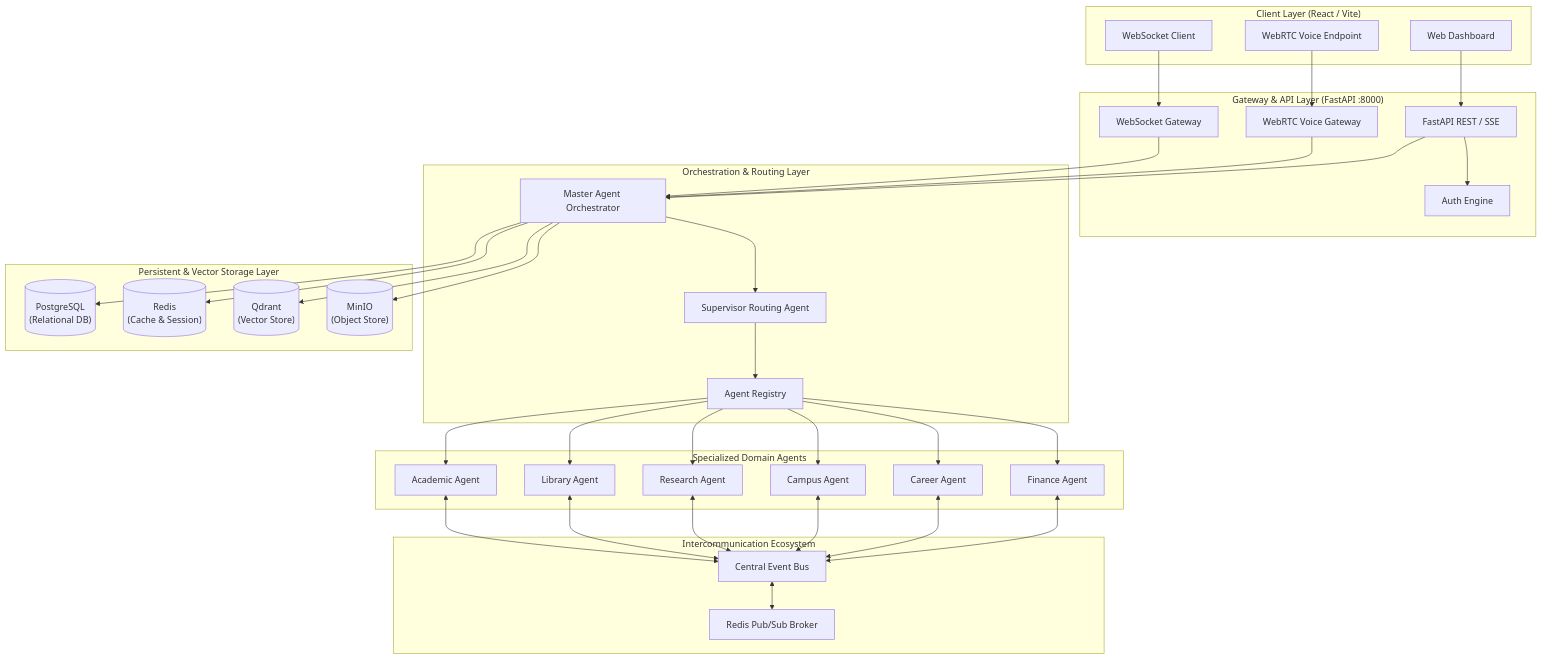
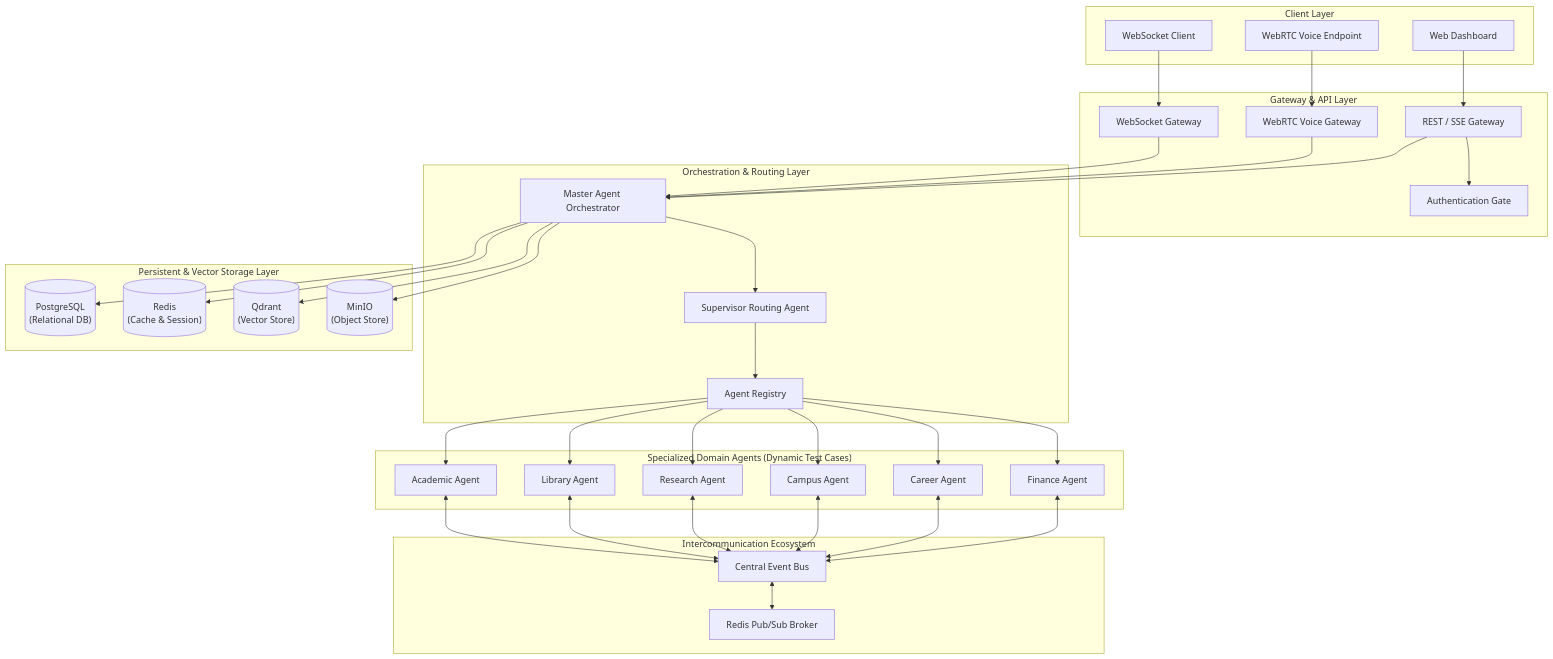
One commit to theshoaibme/daffodil-intelligence changed the first of 3 diagrams in docs/PROJECT_DOCUMENTATION.md. Above: the diagram before and after it, drawn with Mermaid. The commit also changed other lines of this file and 1 other file, not shown here.

````diff
--- a/docs/PROJECT_DOCUMENTATION.md
+++ b/docs/PROJECT_DOCUMENTATION.md
@@ -18,77 +21,77 @@
 ```mermaid
 graph TD
     %% Component Layers
-    subgraph clients ["Client Layer (React / Vite)"]
+    subgraph clients ["Client Layer"]
         UI["Web Dashboard"]
         WS_Client["WebSocket Client"]
         RTC_Client["WebRTC Voice Endpoint"]
     end
 
-    subgraph gateways ["Gateway & API Layer (FastAPI :8000)"]
-        API["FastAPI REST / SSE"]
+    subgraph gateways ["Gateway & API Layer"]
+        API["REST / SSE Gateway"]
         WS_GW["WebSocket Gateway"]
         LIVE["WebRTC Voice Gateway"]
-        AUTH["Auth Engine"]
+        AUTH["Authentication Gate"]
     end
 
     subgraph orchestrator ["Orchestration & Routing Layer"]
         MA["Master Agent Orchestrator"]
         SUP["Supervisor Routing Agent"]
         REG["Agent Registry"]
     end
 
-    subgraph agents ["Specialized Domain Agents"]
+    subgraph agents ["Specialized Domain Agents (Dynamic Test Cases)"]
         A_Acad["Academic Agent"]
         A_Lib["Library Agent"]
         A_Res["Research Agent"]
         A_Camp["Campus Agent"]
         A_Car["Career Agent"]
         A_Fin["Finance Agent"]
     end
 
     subgraph event_mesh ["Intercommunication Ecosystem"]
         Bus["Central Event Bus"]
         Broker["Redis Pub/Sub Broker"]
     end
 
     subgraph storage ["Persistent & Vector Storage Layer"]
         PG[("PostgreSQL\n(Relational DB)")]
         RD[("Redis\n(Cache & Session)")]
         QD[("Qdrant\n(Vector Store)")]
         IO[("MinIO\n(Object Store)")]
     end
 
     %% Flow Connections (Top to Bottom)
     UI --> API
     WS_Client --> WS_GW
     RTC_Client --> LIVE
 
     API --> AUTH
     WS_GW --> MA
     LIVE --> MA
     API --> MA
 
     MA --> SUP
     SUP --> REG
     REG --> A_Acad
     REG --> A_Lib
     REG --> A_Res
     REG --> A_Camp
     REG --> A_Car
     REG --> A_Fin
 
     %% Bidirectional Event Bus Communication
     A_Acad <--> Bus
     A_Lib <--> Bus
     A_Res <--> Bus
     A_Camp <--> Bus
     A_Car <--> Bus
     A_Fin <--> Bus
     Bus <--> Broker
 
     %% Resource Queries & State Ingestion
     MA --> PG
     MA --> RD
     MA --> QD
     MA --> IO
 ```
````
